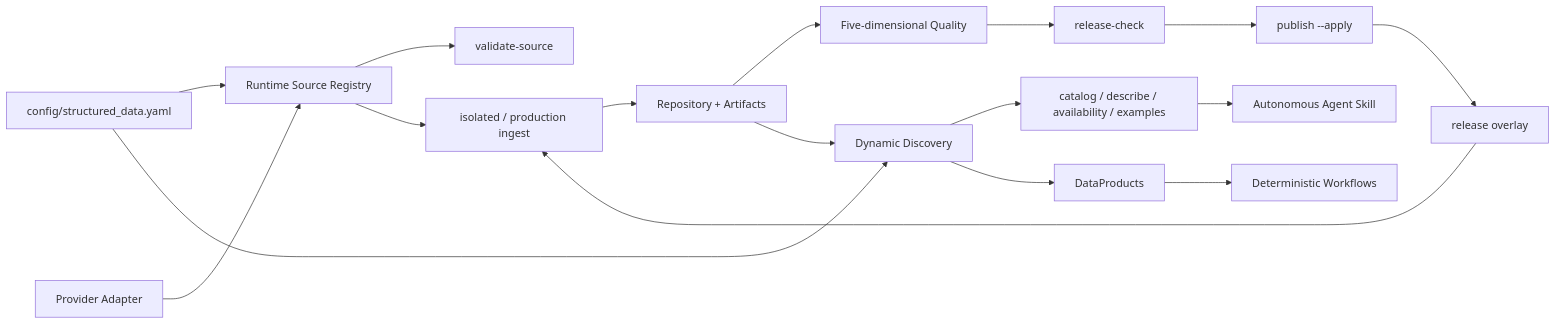
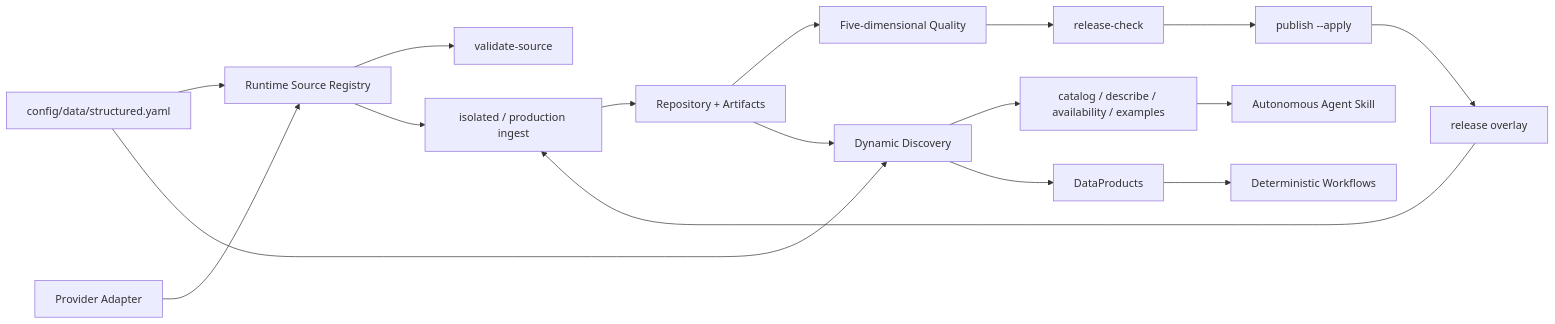
One commit to BradLeon/auto_stock_trading_agents changed the second of 4 diagrams in docs/STRUCTURED_DATA_DEVELOPER.md. Above: the diagram before and after it, drawn with Mermaid. The commit also changed other lines of this file and 122 other files, not shown here.

````diff
--- a/docs/STRUCTURED_DATA_DEVELOPER.md
+++ b/docs/STRUCTURED_DATA_DEVELOPER.md
@@ -249,19 +249,19 @@
 ```mermaid
 flowchart LR
-    YAML["config/structured_data.yaml"] --> VR["Runtime Source Registry"]
+    YAML["config/data/structured.yaml"] --> VR["Runtime Source Registry"]
     AD["Provider Adapter"] --> VR
     VR --> VAL["validate-source"]
     VR --> ING["isolated / production ingest"]
     ING --> REP["Repository + Artifacts"]
     REP --> Q["Five-dimensional Quality"]
     Q --> RC["release-check"]
     RC --> PUB["publish --apply"]
     PUB --> OV["release overlay"]
     OV --> ING
     YAML --> DISC["Dynamic Discovery"]
     REP --> DISC
     DISC --> CLI["catalog / describe / availability / examples"]
     DISC --> DP["DataProducts"]
     CLI --> SK["Autonomous Agent Skill"]
     DP --> WF["Deterministic Workflows"]
 ```
````
